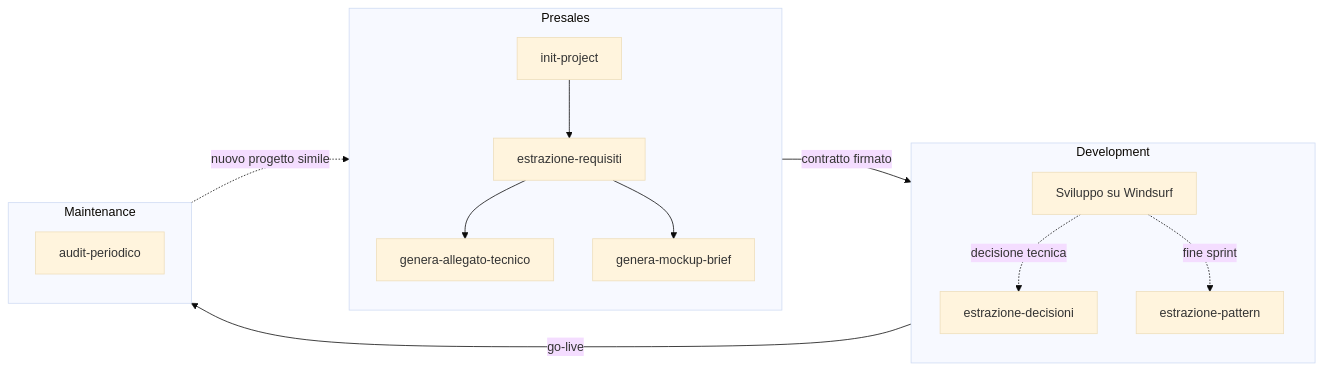
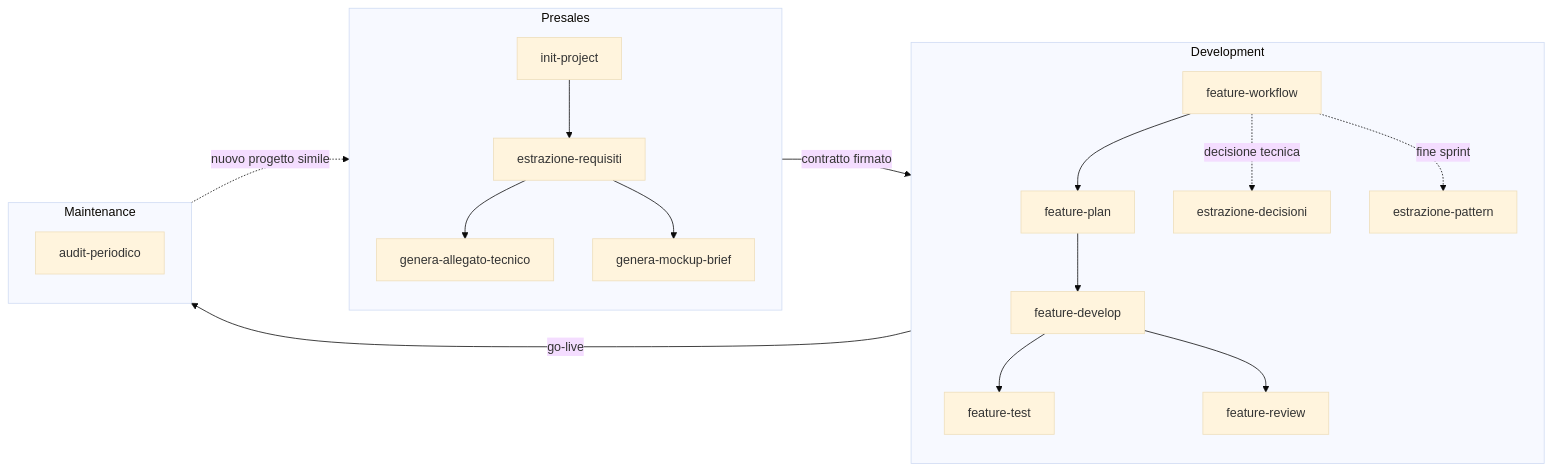
Before and after one commit to SimoneBriganteLaif/SimoneAI: the second of 8 diagrams in docs/workflow.md, drawn with Mermaid (base theme). The commit also changed other lines of this file and 9 other files, not shown here.

First line of the commit message:
Workflow multi-agente per feature development (5 nuove skill)

````diff
--- a/docs/workflow.md
+++ b/docs/workflow.md
@@ -53,24 +54,30 @@
 ```mermaid
 flowchart LR
     subgraph PRESALES["Presales"]
         P1[init-project] --> P2[estrazione-requisiti]
         P2 --> P3[genera-allegato-tecnico]
         P2 --> P4[genera-mockup-brief]
     end
 
     subgraph DEV["Development"]
-        D1[Sviluppo su Windsurf]
+        FW[feature-workflow]
+        FP[feature-plan]
+        FD[feature-develop]
+        FT[feature-test]
+        FR[feature-review]
         D2[estrazione-decisioni]
         D3[estrazione-pattern]
-        D1 -.->|decisione tecnica| D2
-        D1 -.->|fine sprint| D3
+        FW --> FP --> FD
+        FD --> FT & FR
+        FW -.->|decisione tecnica| D2
+        FW -.->|fine sprint| D3
     end
 
     subgraph MAINT["Maintenance"]
         M1[audit-periodico]
     end
 
     PRESALES -->|contratto firmato| DEV
     DEV -->|go-live| MAINT
     MAINT -.->|nuovo progetto simile| PRESALES
 ```
````
